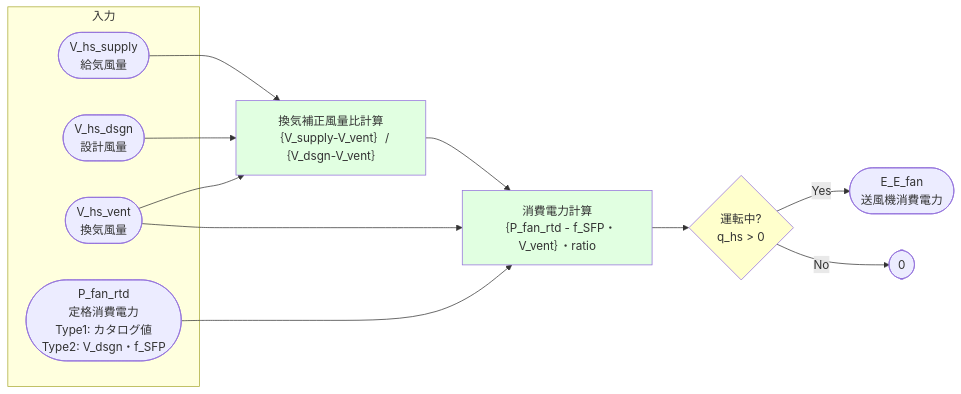
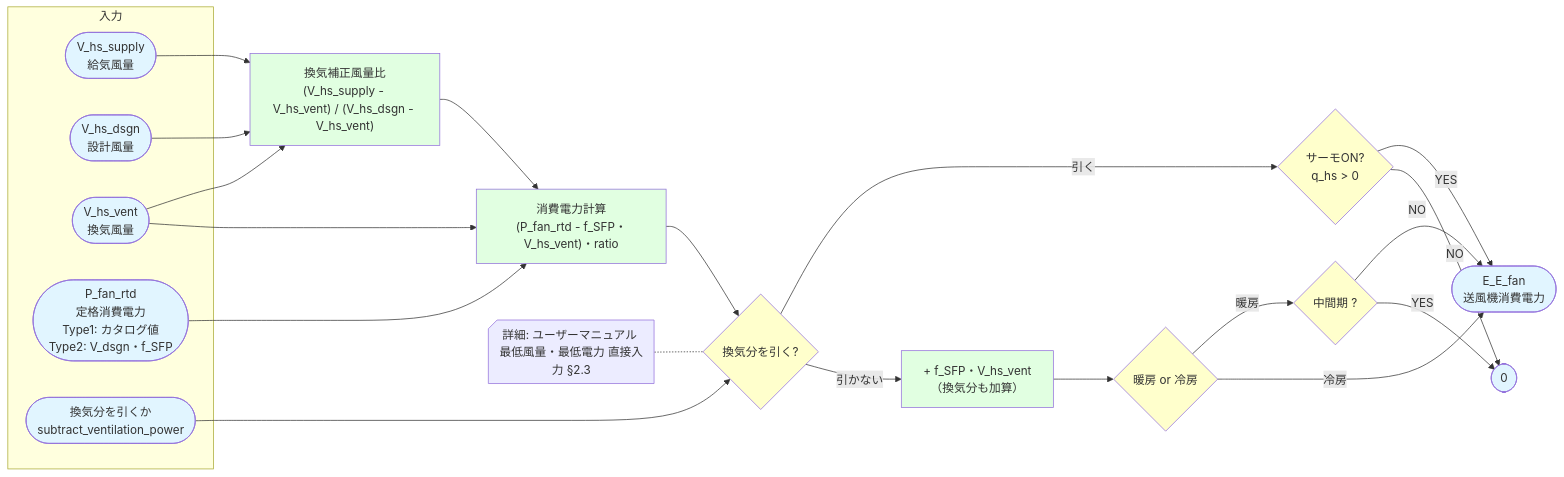
One commit to iguchi-lab/Verification-Platform-Next changed the fifth of 6 diagrams in docs/計算フロー_タイプ1・2.md. Above: the diagram before and after it, drawn with Mermaid. The commit also changed other lines of this file, not shown here.

Commit message:
docs: base docs updated

````diff
--- a/docs/計算フロー_タイプ1・2.md
+++ b/docs/計算フロー_タイプ1・2.md
@@ -385,27 +385,44 @@
 ```mermaid
 flowchart LR
 
 subgraph 入力
     V([V_hs_supply<br/>給気風量])
     V_dsgn([V_hs_dsgn<br/>設計風量])
     V_vent([V_hs_vent<br/>換気風量])
     P([P_fan_rtd<br/>定格消費電力<br/>Type1: カタログ値<br/>Type2: V_dsgn・f_SFP])
+    SVP([換気分を引くか<br/>subtract_ventilation_power])
 end
 
-V --> Ratio[換気補正風量比計算<br/>｛V_supply-V_vent｝/｛V_dsgn-V_vent｝]
-V_dsgn --> Ratio
-V_vent --> Ratio
+V & V_dsgn & V_vent --> Ratio["換気補正風量比<br/>(V_hs_supply - V_hs_vent) / (V_hs_dsgn - V_hs_vent)"]
 
-Ratio --> Power[消費電力計算<br/>｛P_fan_rtd - f_SFP・V_vent｝・ratio]
-P --> Power
-V_vent --> Power
+Ratio & P & V_vent --> Power["消費電力計算<br/>(P_fan_rtd - f_SFP・V_hs_vent)・ratio"]
 
-Power --> Check{運転中?<br/>q_hs > 0}
+SVP & Power --> SVPCheck{換気分を引く?}
 
-Check -->|Yes| Result([E_E_fan<br/>送風機消費電力])
-Check -->|No| Zero([0])
+SVPCheck -->|引く| CheckThermo{サーモON?<br/>q_hs > 0}
+CheckThermo -->|YES| Result([E_E_fan<br/>送風機消費電力])
+CheckThermo -->|NO| Zero([0])
 
+SVPCheck -->|引かない| PowerFull["+ f_SFP・V_hs_vent<br/>（換気分も加算）"]
+PowerFull --> Check2{暖房 or 冷房}
+Check2 -->|暖房| Check3{中間期 ?}
+Check2 -->|冷房| Result
+Check3 -->|NO| Result
+Check3 -->|YES| Zero
+NoteS@{ shape: notch-rect, label: "詳細: ユーザーマニュアル 最低風量・最低電力 直接入力 §2.3" } -.- SVPCheck
+
+style V fill:#e1f5ff
+style V_dsgn fill:#e1f5ff
+style V_vent fill:#e1f5ff
+style P fill:#e1f5ff
+style SVP fill:#e1f5ff
 style Ratio fill:#e1ffe1
 style Power fill:#e1ffe1
-style Check fill:#ffffcc
+style SVPCheck fill:#ffffcc
+style CheckThermo fill:#ffffcc
+style PowerFull fill:#e1ffe1
+style Check2 fill:#ffffcc
+style Check3 fill:#ffffcc
+style Result fill:#e1f5ff
+style Zero fill:#e1f5ff
 ```
````
